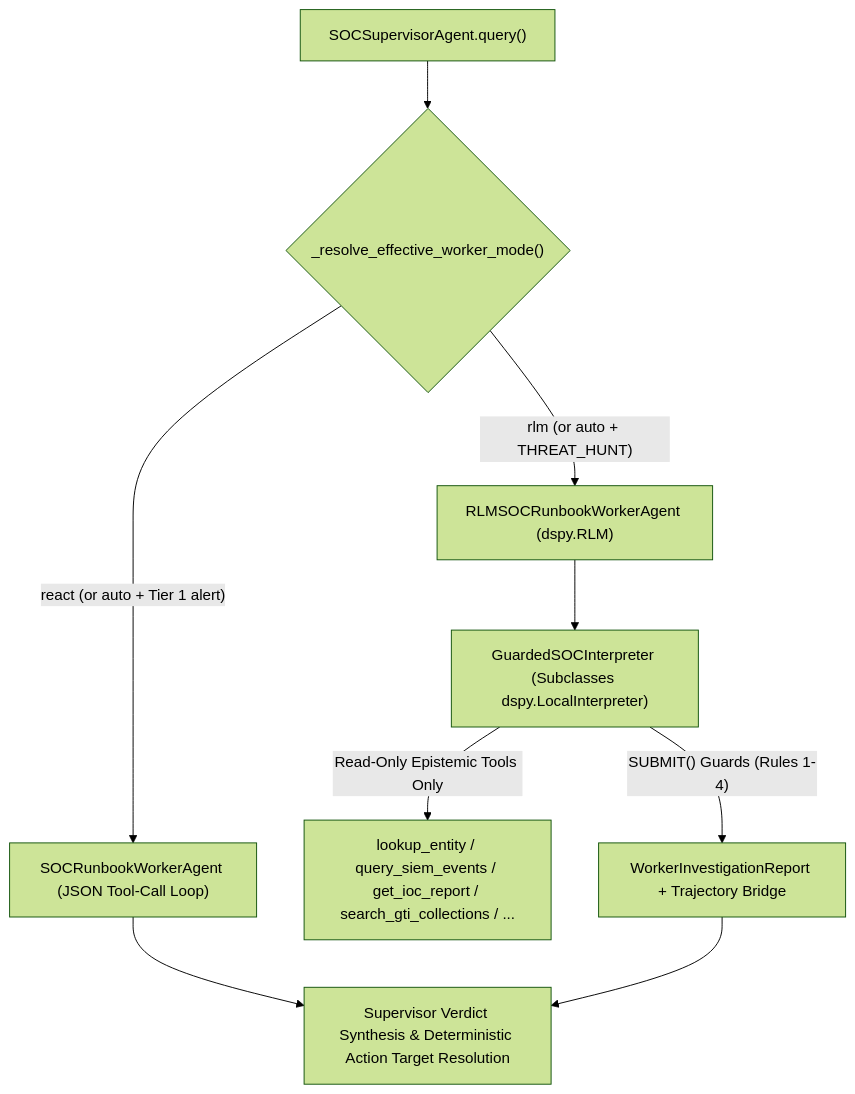
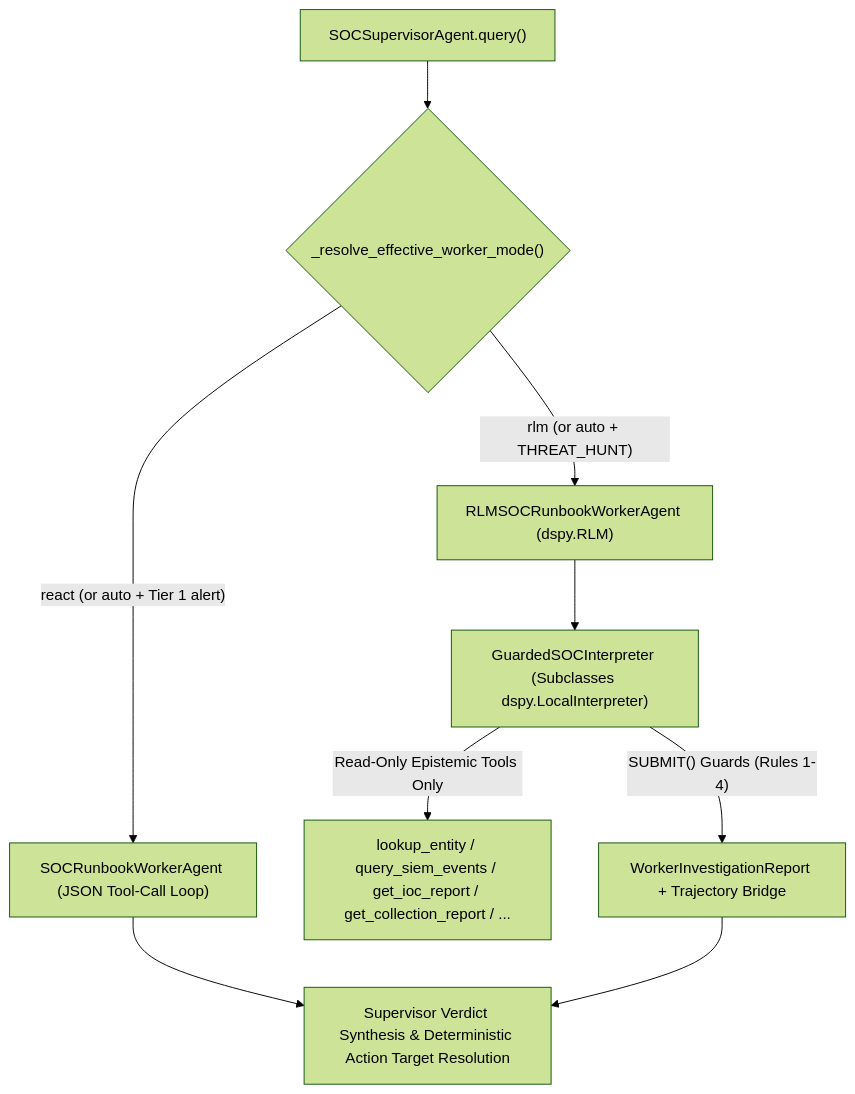
Before and after one commit to dandye/open-model-deploy-gcp: the diagram in docs/soc_eval_results/DSPY_RLM_WORKER_EVALUATION_ANALYSIS.md, drawn with Mermaid (forest theme). The commit also changed other lines of this file and 5 other files, not shown here.

Commit message:
Add shareable DSPy RLM blog deep dive, future work roadmap, and literature citations (#23)

````diff
--- a/docs/soc_eval_results/DSPY_RLM_WORKER_EVALUATION_ANALYSIS.md
+++ b/docs/soc_eval_results/DSPY_RLM_WORKER_EVALUATION_ANALYSIS.md
@@ -54,11 +55,11 @@
 ```mermaid
 flowchart TD
     Supervisor["SOCSupervisorAgent.query()"] --> ModeCheck{"_resolve_effective_worker_mode()"}
     ModeCheck -- "react (or auto + Tier 1 alert)" --> ReAct["SOCRunbookWorkerAgent (JSON Tool-Call Loop)"]
     ModeCheck -- "rlm (or auto + THREAT_HUNT)" --> RLM["RLMSOCRunbookWorkerAgent (dspy.RLM)"]
     RLM --> Interp["GuardedSOCInterpreter (Subclasses dspy.LocalInterpreter)"]
-    Interp -- "Read-Only Epistemic Tools Only" --> Tools["lookup_entity / query_siem_events / get_ioc_report / search_gti_collections / ..."]
+    Interp -- "Read-Only Epistemic Tools Only" --> Tools["lookup_entity / query_siem_events / get_ioc_report / get_collection_report / ..."]
     Interp -- "SUBMIT() Guards (Rules 1-4)" --> Report["WorkerInvestigationReport + Trajectory Bridge"]
     ReAct --> Synthesis["Supervisor Verdict Synthesis & Deterministic Action Target Resolution"]
     Report --> Synthesis
 ```
````
